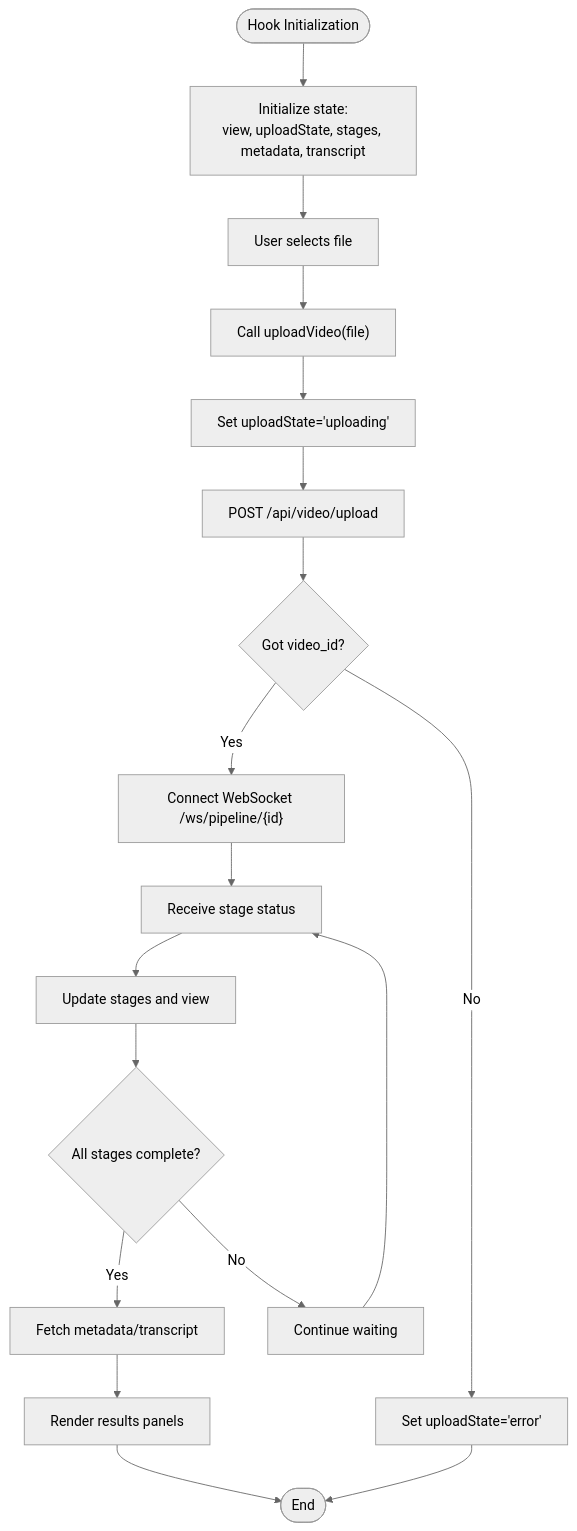
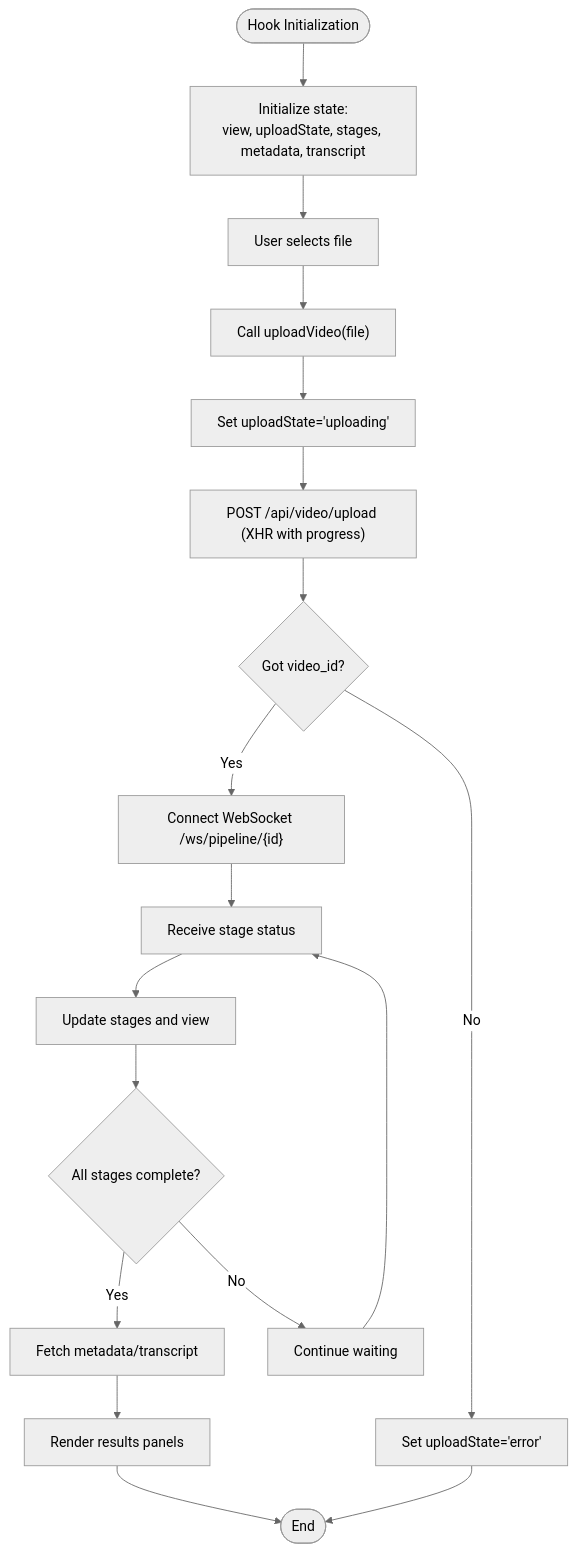
The eighth of 10 diagrams in .qoder/repowiki/en/content/Frontend Application/Frontend Application.md (alexandreybasta-cyber/dubai-media-ai), drawn with Mermaid (neutral theme) before and after one commit. The commit also changed other lines of this file and 23 other files, not shown here.

````diff
--- a/.qoder/repowiki/en/content/Frontend Application/Frontend Application.md
+++ b/.qoder/repowiki/en/content/Frontend Application/Frontend Application.md
@@ -321,20 +424,20 @@
 ```mermaid
 flowchart TD
 Start(["Hook Initialization"]) --> Init["Initialize state:<br/>view, uploadState, stages, metadata, transcript"]
 Init --> Upload["User selects file"]
 Upload --> CallUpload["Call uploadVideo(file)"]
 CallUpload --> SetIdle["Set uploadState='uploading'"]
-SetIdle --> PostUpload["POST /api/video/upload"]
+SetIdle --> PostUpload["POST /api/video/upload (XHR with progress)"]
 PostUpload --> GotId{"Got video_id?"}
 GotId --> |Yes| ConnectWS["Connect WebSocket /ws/pipeline/{id}"]
 GotId --> |No| HandleErr["Set uploadState='error'"]
 ConnectWS --> WSMsg["Receive stage status"]
 WSMsg --> UpdateStages["Update stages and view"]
 UpdateStages --> Done{"All stages complete?"}
 Done --> |Yes| FetchData["Fetch metadata/transcript"]
 Done --> |No| Wait["Continue waiting"]
 FetchData --> Render["Render results panels"]
 HandleErr --> End(["End"])
 Render --> End
 Wait --> WSMsg
 ```
````
